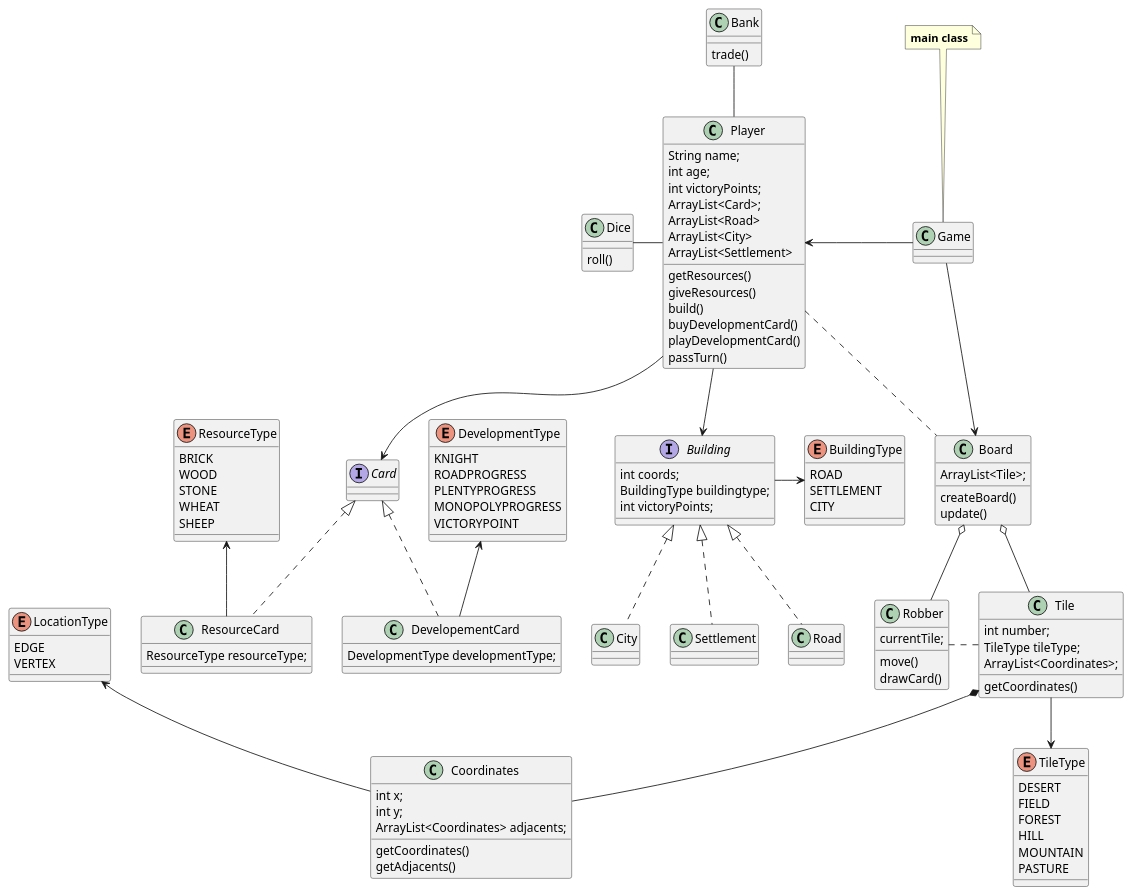
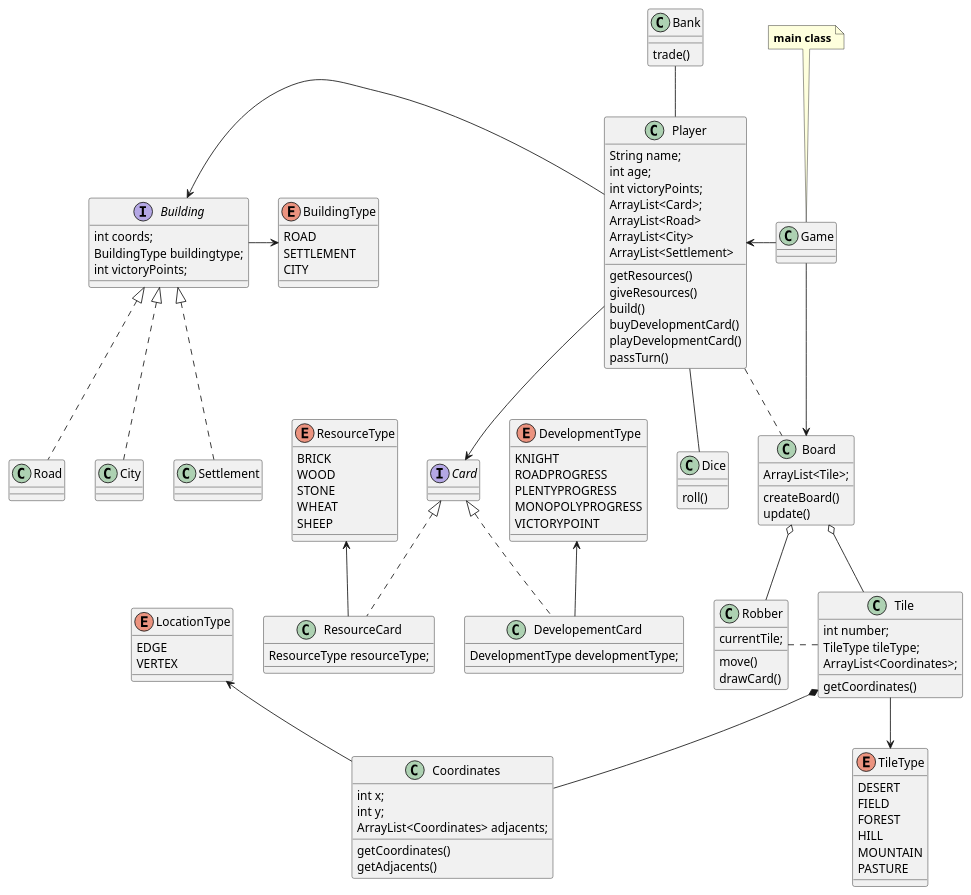
One commit to SoPraFS20-Group16/sopra-fs20-group-16-server changed the diagram in Diagrams/class_diagram.puml. Above: the diagram before and after it, drawn with PlantUML.

Commit message:
class diagram final modification

```diff
--- a/Diagrams/class_diagram.puml
+++ b/Diagrams/class_diagram.puml
@@ -1,166 +1,166 @@
 @startuml
 
 
 
 enum BuildingType {
 ROAD
 SETTLEMENT
 CITY
 }
 
 enum TileType{
 DESERT
 FIELD
 FOREST
 HILL
 MOUNTAIN
 PASTURE
 }
 
 enum ResourceType{
 BRICK
 WOOD
 STONE
 WHEAT
 SHEEP
 }
 
 enum DevelopmentType{
 KNIGHT
 ROADPROGRESS
 PLENTYPROGRESS
 MONOPOLYPROGRESS
 VICTORYPOINT
 }
 
 enum LocationType{
 EDGE
 VERTEX
 
 }
 
 interface Building{
 int coords;
 BuildingType buildingtype;
 int victoryPoints;
 }
 
 class City
 class Settlement
 class Road
 
 
 class Dice{
 roll()
 }
 
 
 class Player{
 
 String name;
 int age;
 int victoryPoints;
 ArrayList<Card>;
 ArrayList<Road>
 ArrayList<City>
 ArrayList<Settlement>
 getResources()
 giveResources()
 build()
 buyDevelopmentCard()
 playDevelopmentCard()
 passTurn()
 }
 
 
 class Robber{
 currentTile;
 move()
 drawCard()
 }
 
 
 
 
 interface Card{
 
 }
 
 
 class ResourceCard{
 ResourceType resourceType;
 }
 
 class DevelopementCard{
 DevelopmentType developmentType;
 }
 
 class Bank{
 trade()
 }
 
 
 class Board{
 
 ArrayList<Tile>;
 
 createBoard()
 update()
 
 }
 
 class Tile{
 int number;
 TileType tileType;
 ArrayList<Coordinates>;
 
 getCoordinates()
 
 }
 
 class Coordinates{
 int x;
 int y;
 ArrayList<Coordinates> adjacents;
 
 getCoordinates()
 getAdjacents()
 
 }
 
 note "<b>main class</b>" as N1
 class Game
 
 N1 -down- Game
 
 Game -down-> Board
 Game -left-> Player
 
 
 Building <|.. City
 Building <|.. Settlement
 Building <|.. Road
 
 BuildingType <-left- Building
 TileType <-up- Tile
 
 Player --> Card
 Card <|.. ResourceCard
 Card <|.. DevelopementCard
 ResourceType <-down- ResourceCard
 DevelopmentType <-down- DevelopementCard
 
 Bank -down- Player
-Dice -right- Player
-Player --> Building
+Dice -up- Player
+Player -left-> Building
 
 
 Board o-right- Tile
 Board o-down- Robber
 Robber . Tile
 Tile *-- Coordinates
 Player .. Board
 
 LocationType <-down- Coordinates
 
 @enduml
```
